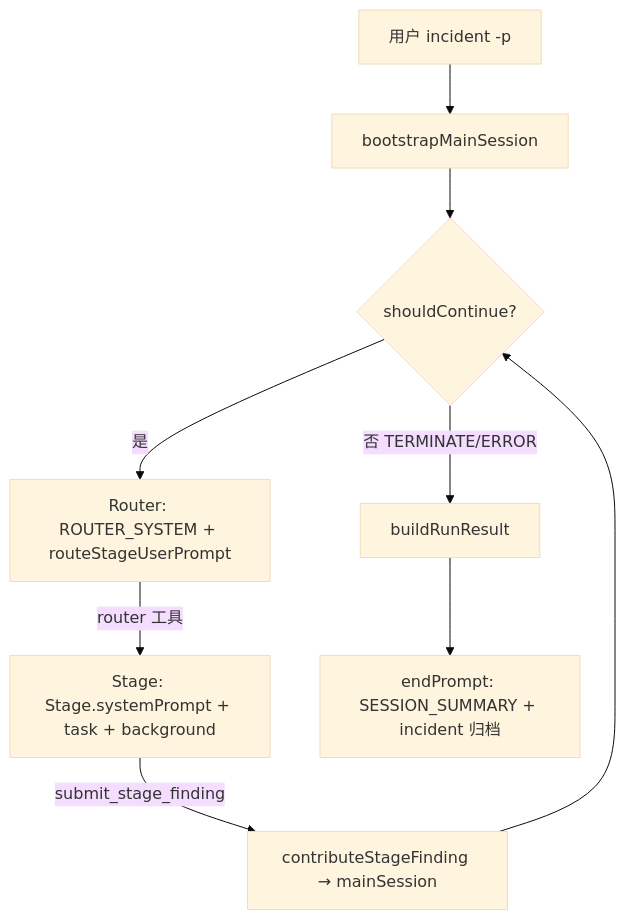
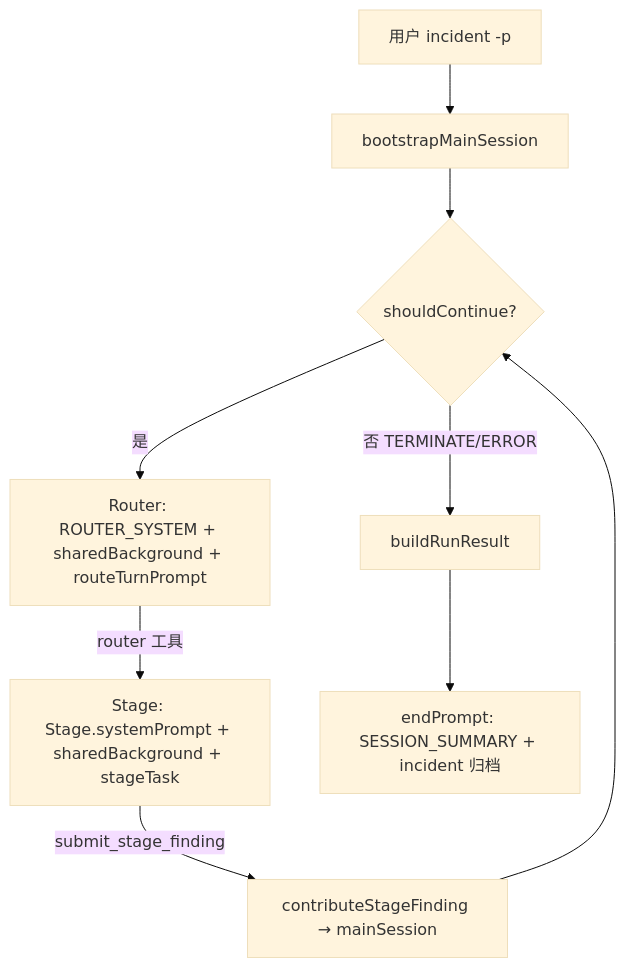
Diagram 15 of 15 in core/docs/AGENT-FLOW.md (jixiedev/Janus), drawn with Mermaid (base theme) before and after one commit. The commit also changed other lines of this file and 54 other files, not shown here.

````diff
--- a/core/docs/AGENT-FLOW.md
+++ b/core/docs/AGENT-FLOW.md
@@ -508,11 +509,11 @@
 ```mermaid
 flowchart TB
     IN[用户 incident -p] --> BOOT[bootstrapMainSession]
     BOOT --> LOOP{shouldContinue?}
-    LOOP -->|是| RT[Router: ROUTER_SYSTEM + routeStageUserPrompt]
-    RT -->|router 工具| STG[Stage: Stage.systemPrompt + task + background]
+    LOOP -->|是| RT[Router: ROUTER_SYSTEM + sharedBackground + routeTurnPrompt]
+    RT -->|router 工具| STG[Stage: Stage.systemPrompt + sharedBackground + stageTask]
     STG -->|submit_stage_finding| FIND[contributeStageFinding → mainSession]
     FIND --> LOOP
     LOOP -->|否 TERMINATE/ERROR| OUT[buildRunResult]
     OUT --> SUM[endPrompt: SESSION_SUMMARY + incident 归档]
 ```
````
